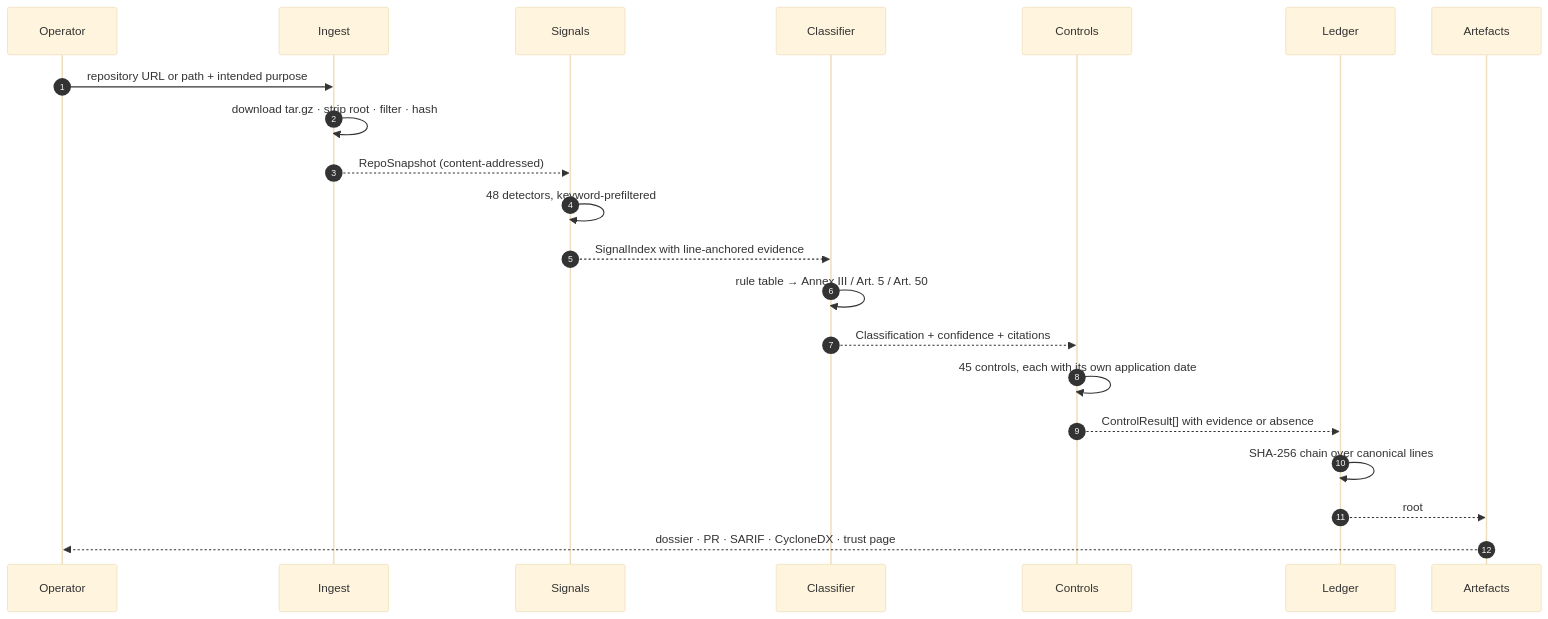
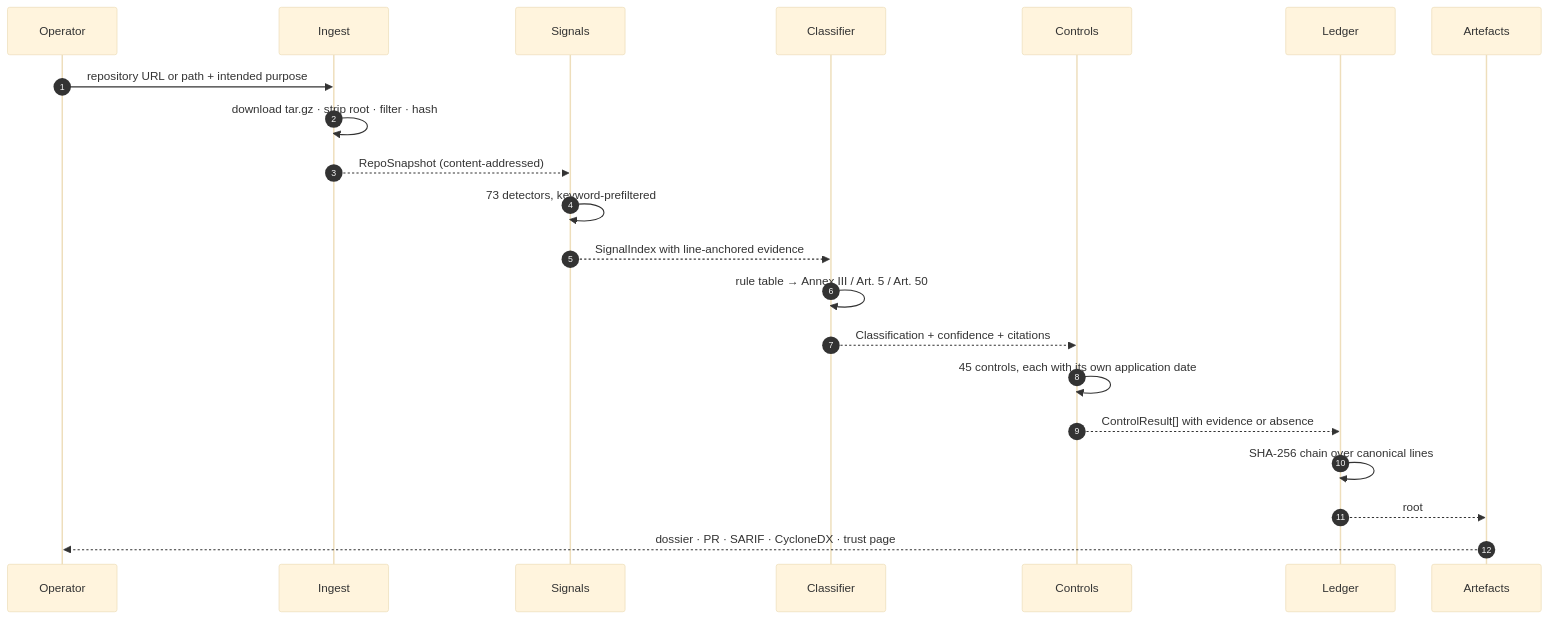
The diagram in docs/ARCHITECTURE.md (shi1720/LexHack), drawn with Mermaid (base theme) before and after one commit. The commit also changed other lines of this file and 38 other files, not shown here.

````diff
--- a/docs/ARCHITECTURE.md
+++ b/docs/ARCHITECTURE.md
@@ -13,24 +13,24 @@
 ```mermaid
 sequenceDiagram
     autonumber
     participant U as Operator
     participant I as Ingest
     participant S as Signals
     participant C as Classifier
     participant E as Controls
     participant L as Ledger
     participant A as Artefacts
 
     U->>I: repository URL or path + intended purpose
     I->>I: download tar.gz · strip root · filter · hash
     I-->>S: RepoSnapshot (content-addressed)
-    S->>S: 48 detectors, keyword-prefiltered
+    S->>S: 73 detectors, keyword-prefiltered
     S-->>C: SignalIndex with line-anchored evidence
     C->>C: rule table → Annex III / Art. 5 / Art. 50
     C-->>E: Classification + confidence + citations
     E->>E: 45 controls, each with its own application date
     E-->>L: ControlResult[] with evidence or absence
     L->>L: SHA-256 chain over canonical lines
     L-->>A: root
     A-->>U: dossier · PR · SARIF · CycloneDX · trust page
 ```
````
